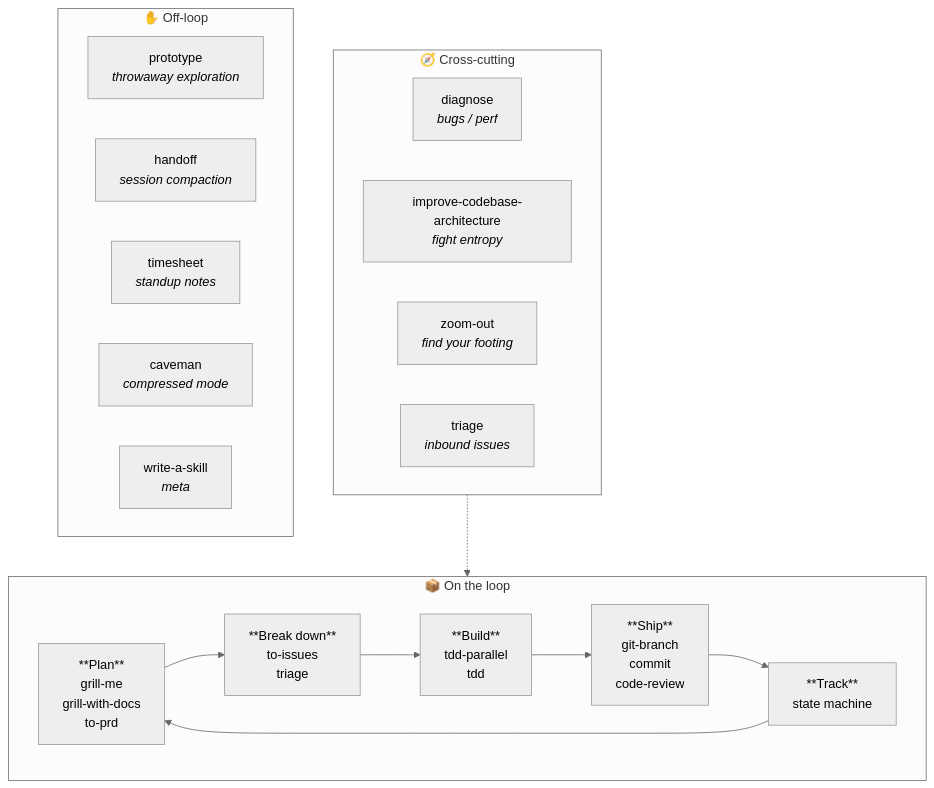
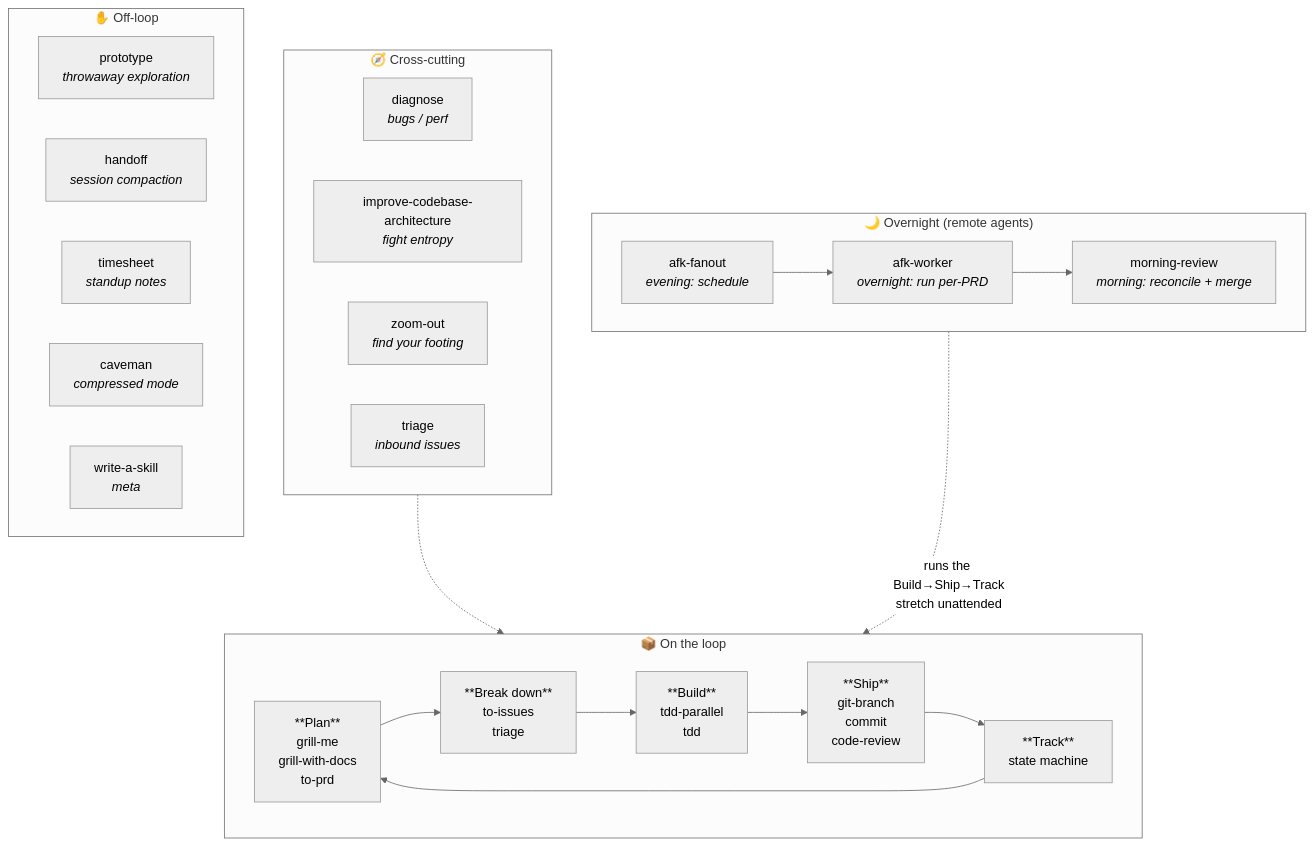
One commit to ZunoSmartLabs/zsl-superpowers changed the second of 9 diagrams in docs/workflow.md. Above: the diagram before and after it, drawn with Mermaid (neutral theme). The commit also changed other lines of this file and 13 other files, not shown here.

First line of the commit message:
docs: merge the loop narrative, add why/remote-agents/architecture pages

````diff
--- a/docs/workflow.md
+++ b/docs/workflow.md
@@ -37,27 +44,33 @@
 ```mermaid
 flowchart TB
     subgraph loop["📦 On the loop"]
         direction LR
         a["**Plan**<br/>grill-me<br/>grill-with-docs<br/>to-prd"] --> b["**Break down**<br/>to-issues<br/>triage"]
         b --> c["**Build**<br/>tdd-parallel<br/>tdd"]
         c --> d["**Ship**<br/>git-branch<br/>commit<br/>code-review"]
         d --> e["**Track**<br/>state machine"]
         e --> a
     end
     subgraph cross["🧭 Cross-cutting"]
         direction LR
         x1["diagnose<br/><i>bugs / perf</i>"]
         x2["improve-codebase-architecture<br/><i>fight entropy</i>"]
         x3["zoom-out<br/><i>find your footing</i>"]
         x4["triage<br/><i>inbound issues</i>"]
     end
+    subgraph overnight["🌙 Overnight (remote agents)"]
+        direction LR
+        n1["afk-fanout<br/><i>evening: schedule</i>"] --> n2["afk-worker<br/><i>overnight: run per-PRD</i>"]
+        n2 --> n3["morning-review<br/><i>morning: reconcile + merge</i>"]
+    end
     subgraph offloop["✋ Off-loop"]
         direction LR
         o1["prototype<br/><i>throwaway exploration</i>"]
         o2["handoff<br/><i>session compaction</i>"]
         o3["timesheet<br/><i>standup notes</i>"]
         o4["caveman<br/><i>compressed mode</i>"]
         o5["write-a-skill<br/><i>meta</i>"]
     end
     cross -.-> loop
+    overnight -.->|"runs the Build→Ship→Track<br/>stretch unattended"| loop
 ```
````
